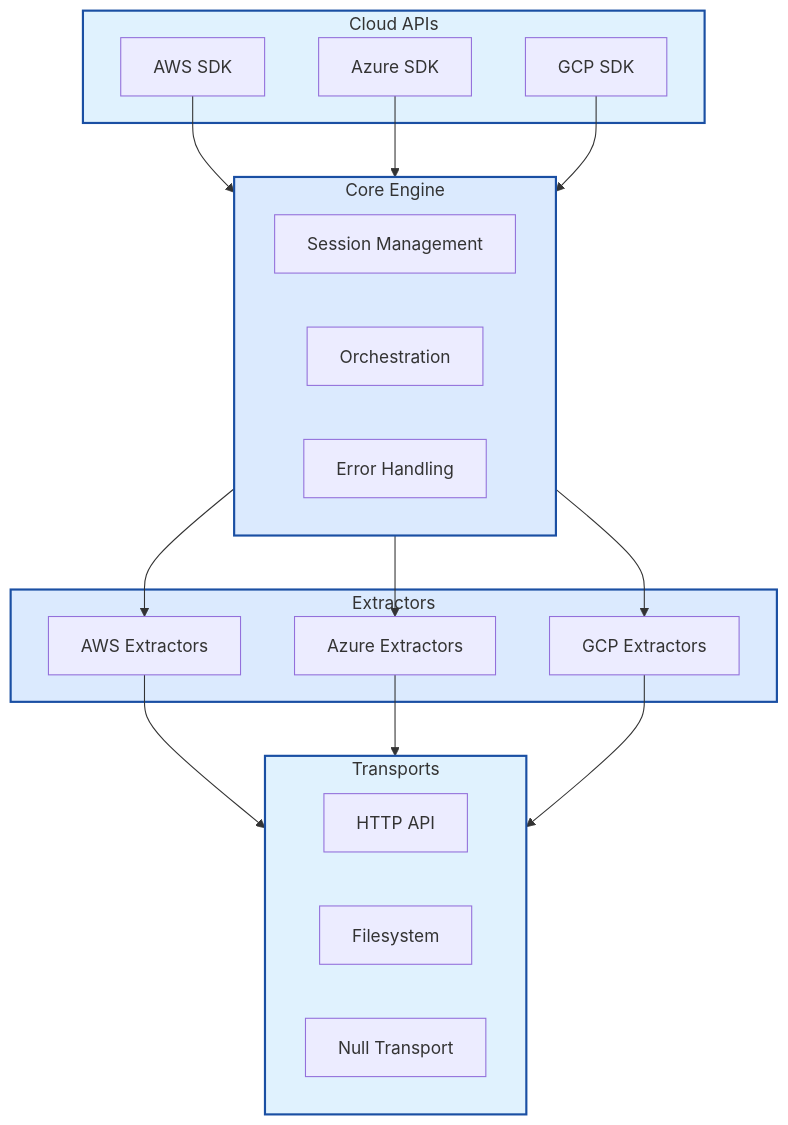
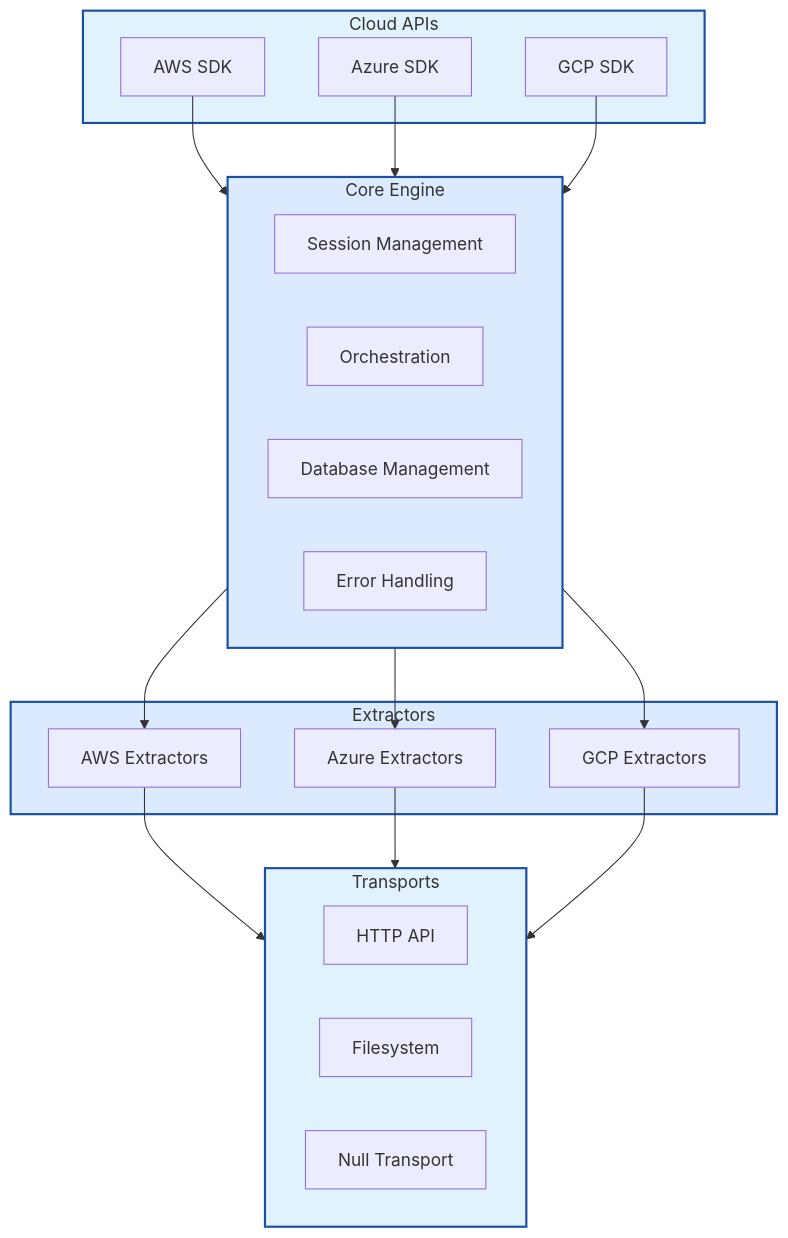
Before and after one commit to ramesh-pegasys/csp-scanner: the second of 2 diagrams in docs/implementation-details.md, drawn with Mermaid. The commit also changed other lines of this file and 162 other files, not shown here.

````diff
--- a/docs/implementation-details.md
+++ b/docs/implementation-details.md
@@ -63,43 +70,44 @@
 ```mermaid
 graph TB
     subgraph APIs["Cloud APIs"]
         AWS_SDK[AWS SDK]
         Azure_SDK[Azure SDK]
         GCP_SDK[GCP SDK]
     end
     
     subgraph Extractors["Extractors"]
         AWS_EXT[AWS Extractors]
         Azure_EXT[Azure Extractors]
         GCP_EXT[GCP Extractors]
     end
     
     subgraph Transports["Transports"]
         HTTP[HTTP API]
         FS[Filesystem]
         NULL[Null Transport]
     end
     
     subgraph Core["Core Engine"]
         SESSION[Session Management]
         ORCH[Orchestration]
+        DB[Database Management]
         ERROR[Error Handling]
     end
     
     AWS_SDK --> Core
     Azure_SDK --> Core
     GCP_SDK --> Core
     
     Core --> AWS_EXT
     Core --> Azure_EXT
     Core --> GCP_EXT
     
     AWS_EXT --> Transports
     Azure_EXT --> Transports
     GCP_EXT --> Transports
     
     style APIs fill:#e0f2fe,stroke:#1a4fa3,stroke-width:2px
     style Extractors fill:#dbeafe,stroke:#1a4fa3,stroke-width:2px
     style Transports fill:#e0f2fe,stroke:#1a4fa3,stroke-width:2px
     style Core fill:#dbeafe,stroke:#1a4fa3,stroke-width:2px
 ```
````
